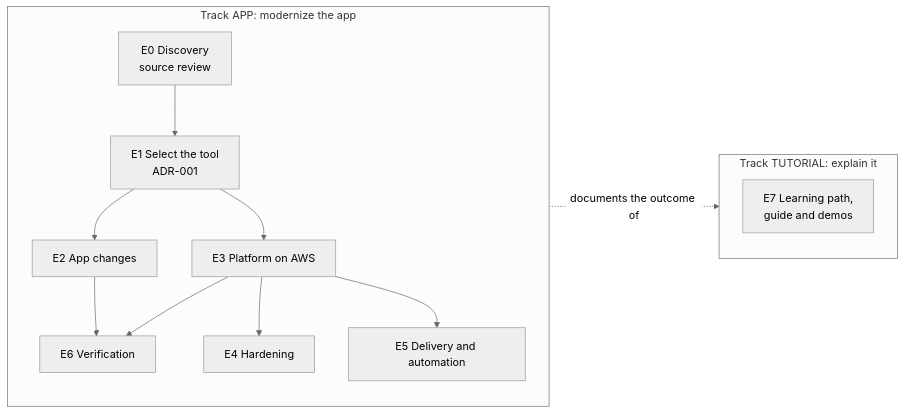
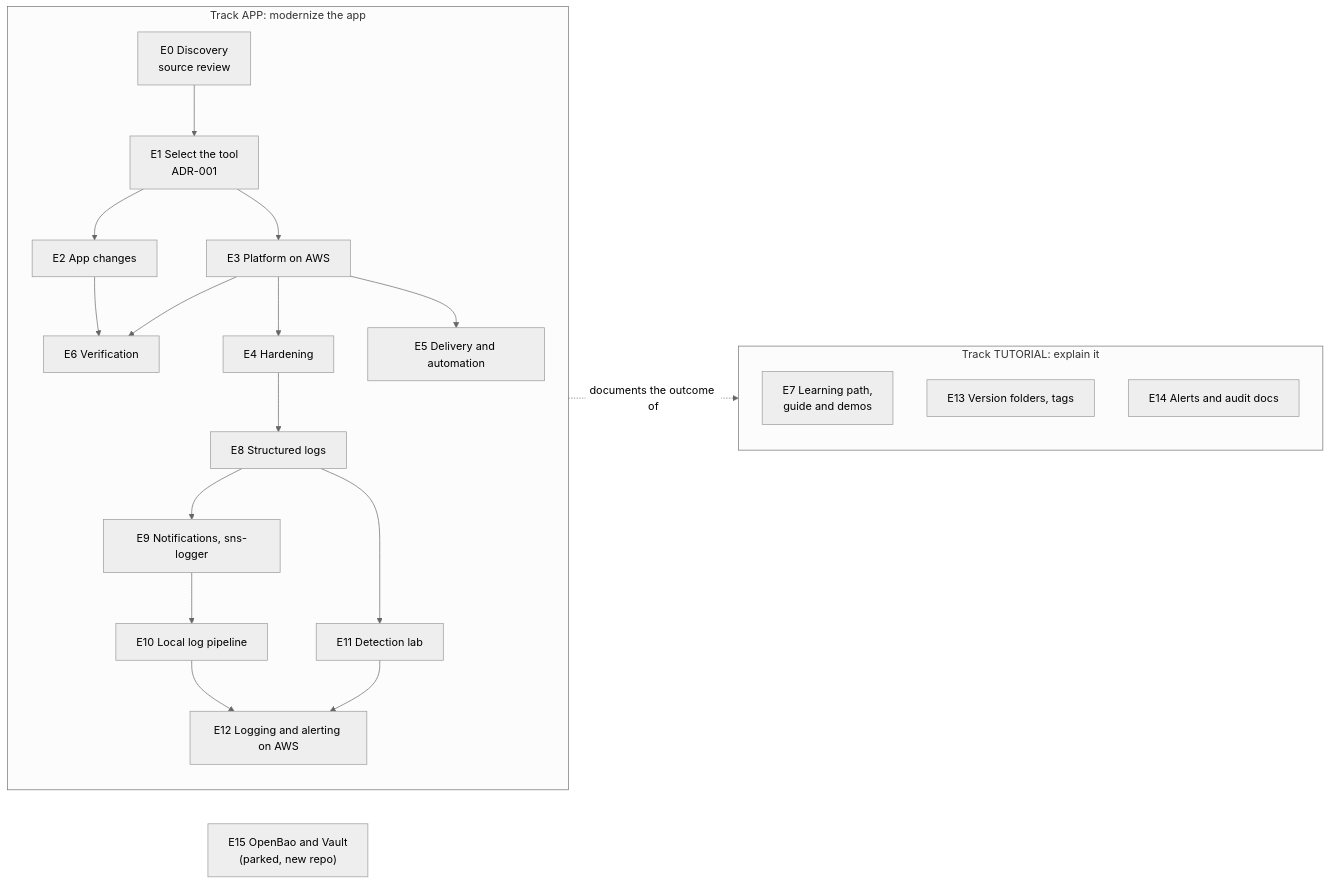
Before and after one commit to ephico2real2/aws-secrets-manager-node-poc: the diagram in docs/modernization/README.md, drawn with Mermaid (neutral theme). The commit also changed other lines of this file and 11 other files, not shown here.

First line of the commit message:
Backlog E8–E15 as issues; the plan; parked OpenBao/Vault notes; generator in the repo

````diff
--- a/docs/modernization/README.md
+++ b/docs/modernization/README.md
@@ -36,16 +36,25 @@
 ```mermaid
 flowchart LR
   subgraph app["Track APP: modernize the app"]
     E0["E0 Discovery<br/>source review"] --> E1["E1 Select the tool<br/>ADR-001"]
     E1 --> E2["E2 App changes"]
     E1 --> E3["E3 Platform on AWS"]
     E2 --> E6["E6 Verification"]
     E3 --> E6
     E3 --> E4["E4 Hardening"]
     E3 --> E5["E5 Delivery and automation"]
+    E4 --> E8["E8 Structured logs"]
+    E8 --> E9["E9 Notifications, sns-logger"]
+    E8 --> E11["E11 Detection lab"]
+    E9 --> E10["E10 Local log pipeline"]
+    E10 --> E12["E12 Logging and alerting on AWS"]
+    E11 --> E12
   end
   subgraph tut["Track TUTORIAL: explain it"]
     E7["E7 Learning path,<br/>guide and demos"]
+    E13["E13 Version folders, tags"]
+    E14["E14 Alerts and audit docs"]
   end
+  E15["E15 OpenBao and Vault<br/>(parked, new repo)"]
   app -. "documents the outcome of" .-> tut
 ```
````
